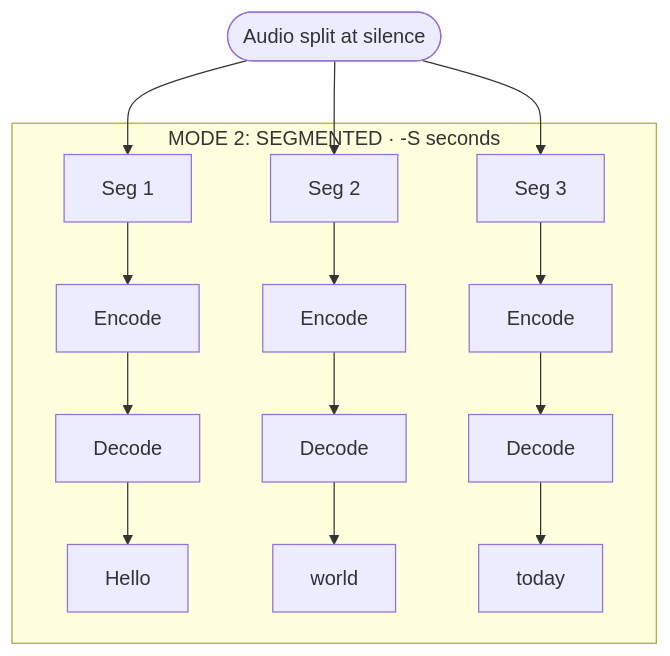
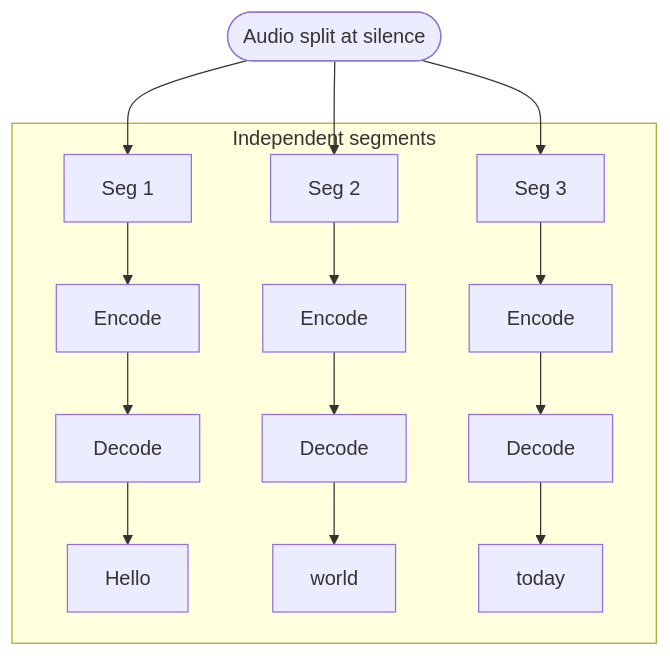
One commit to Justme0/asr-polish changed diagram 15 of 16 in doc/qwen-asr-analysis.md. Above: the diagram before and after it, drawn with Mermaid. The commit also changed other lines of this file and 3 other files, not shown here.

````diff
--- a/doc/qwen-asr-analysis.md
+++ b/doc/qwen-asr-analysis.md
@@ -105,9 +431,9 @@
 ```mermaid
 flowchart TD
     A0(["Audio split at silence"]) --> S1 & S2 & S3
-    subgraph M2["MODE 2: SEGMENTED  ·  -S seconds"]
+    subgraph M2["Independent segments"]
         S1[Seg 1] --> E1[Encode] --> D1[Decode] --> R1["Hello"]
         S2[Seg 2] --> E2[Encode] --> D2[Decode] --> R2["world"]
         S3[Seg 3] --> E3[Encode] --> D3[Decode] --> R3["today"]
     end
 ```
````
